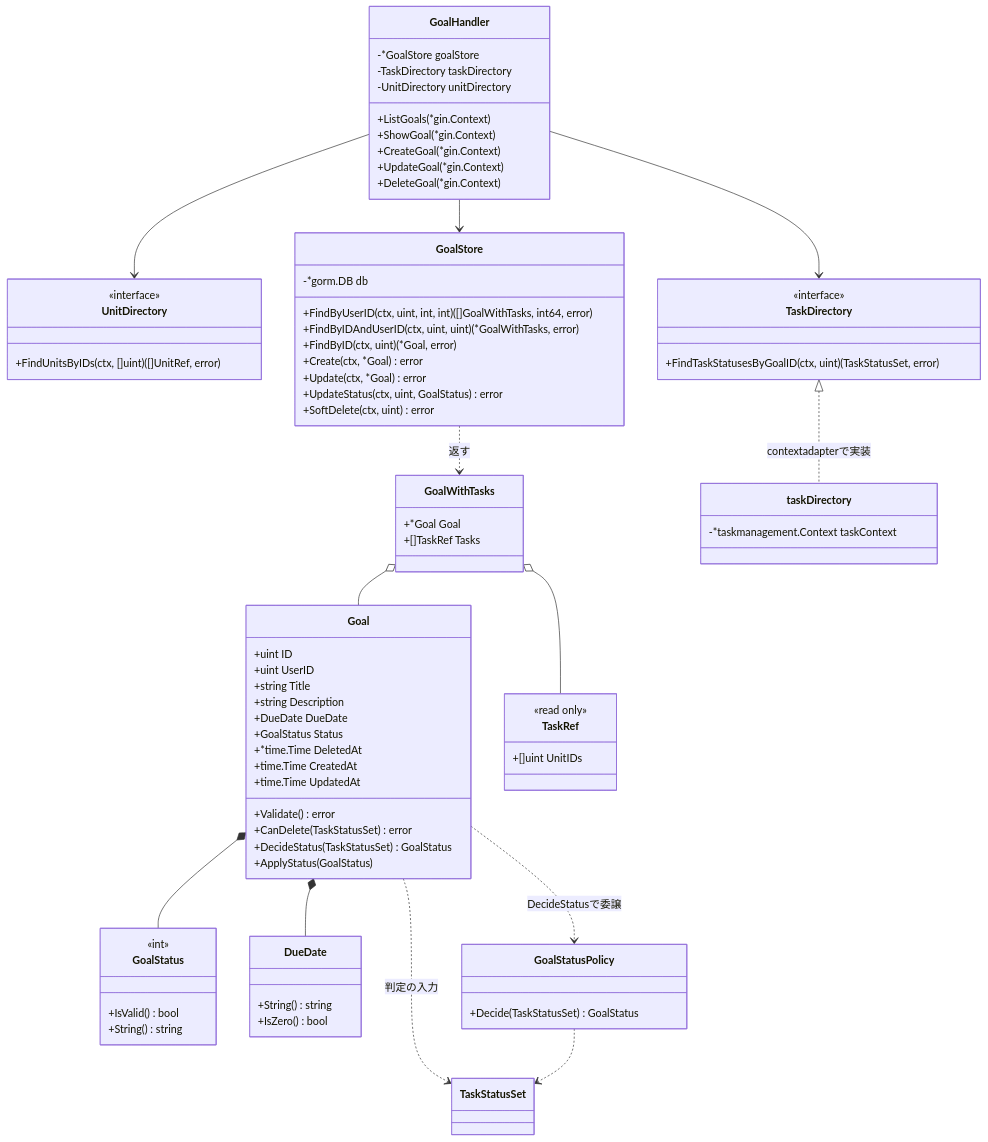
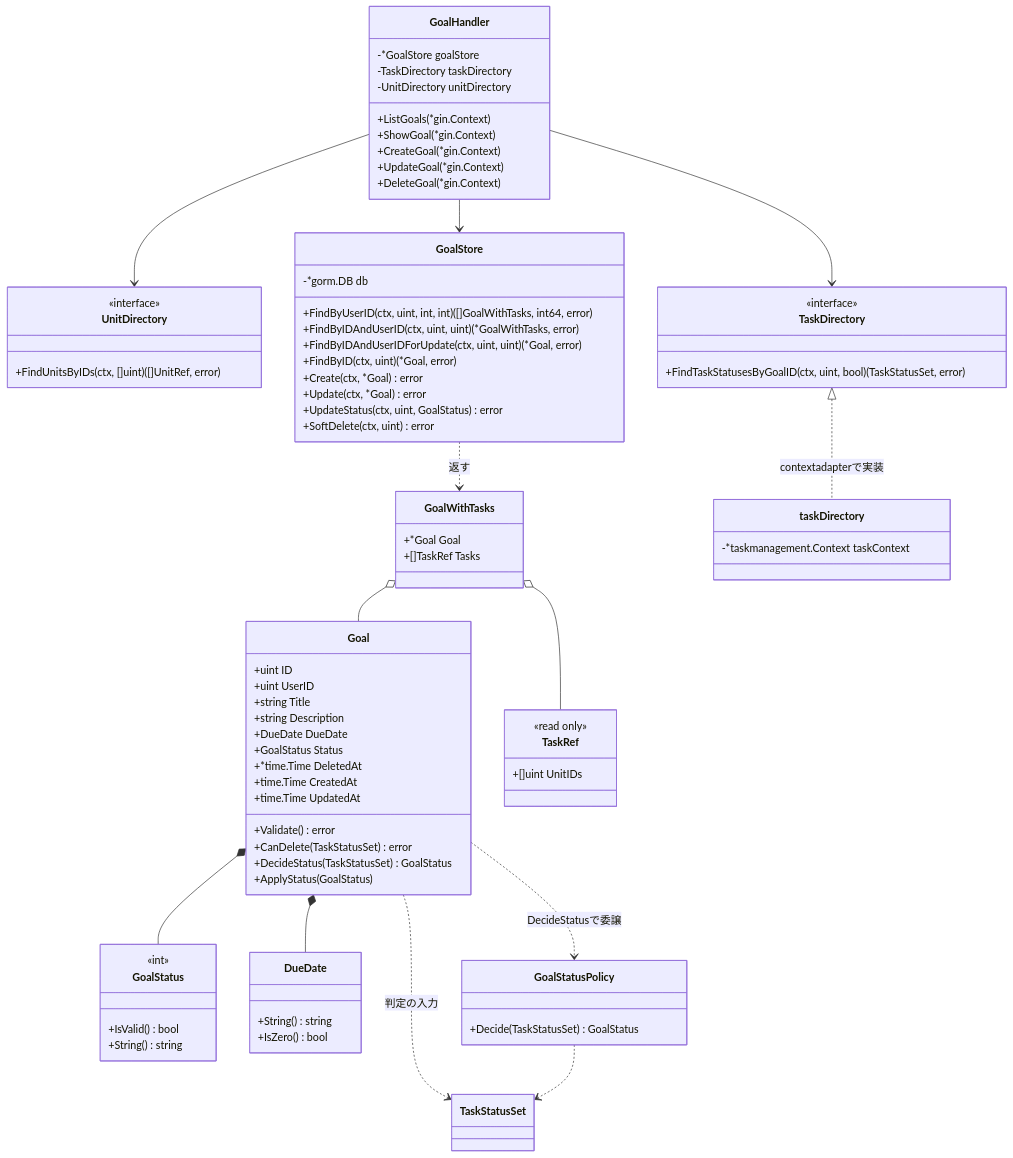
The first of 7 diagrams in 計画書/Go実装仕様書/目標管理機能_Go実装仕様書.md (yuta20253/edu-platform-go-design), drawn with Mermaid before and after one commit. The commit also changed other lines of this file and 71 other files, not shown here.

```diff
--- a/計画書/Go実装仕様書/目標管理機能_Go実装仕様書.md
+++ b/計画書/Go実装仕様書/目標管理機能_Go実装仕様書.md
@@ -245,6 +245,7 @@
         -*gorm.DB db
         +FindByUserID(ctx, uint, int, int) ([]GoalWithTasks, int64, error)
         +FindByIDAndUserID(ctx, uint, uint) (*GoalWithTasks, error)
+        +FindByIDAndUserIDForUpdate(ctx, uint, uint) (*Goal, error)
         +FindByID(ctx, uint) (*Goal, error)
         +Create(ctx, *Goal) error
         +Update(ctx, *Goal) error
@@ -253,7 +254,7 @@
     }
     class TaskDirectory {
         <<interface>>
-        +FindTaskStatusesByGoalID(ctx, uint) (TaskStatusSet, error)
+        +FindTaskStatusesByGoalID(ctx, uint, bool) (TaskStatusSet, error)
     }
     class taskDirectory {
         -*taskmanagement.Context taskContext
```
